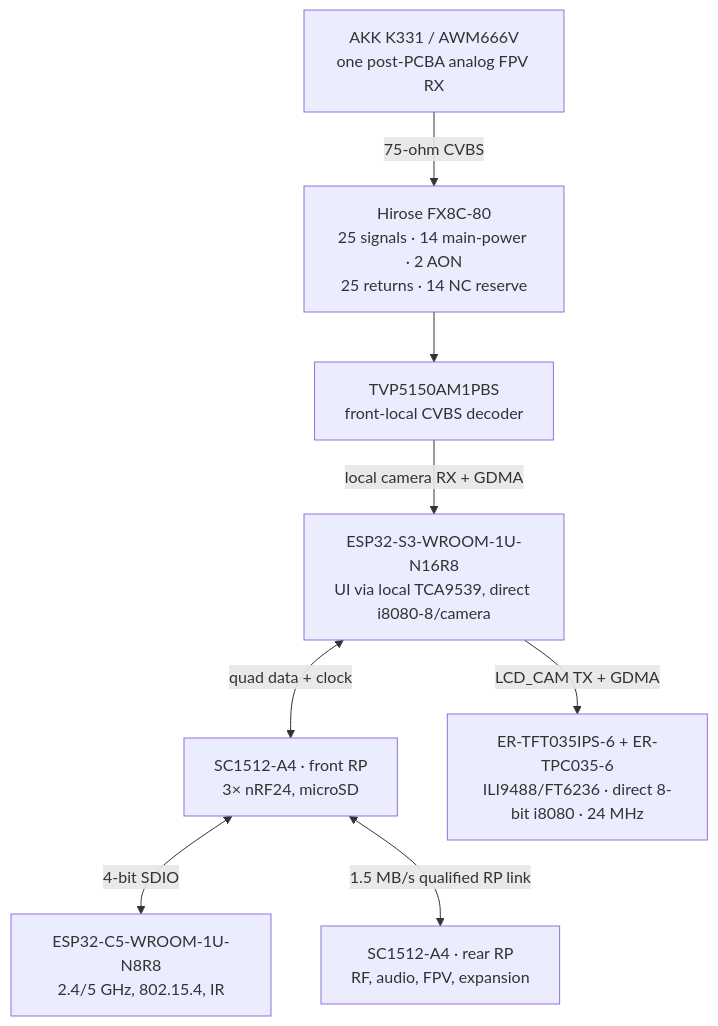
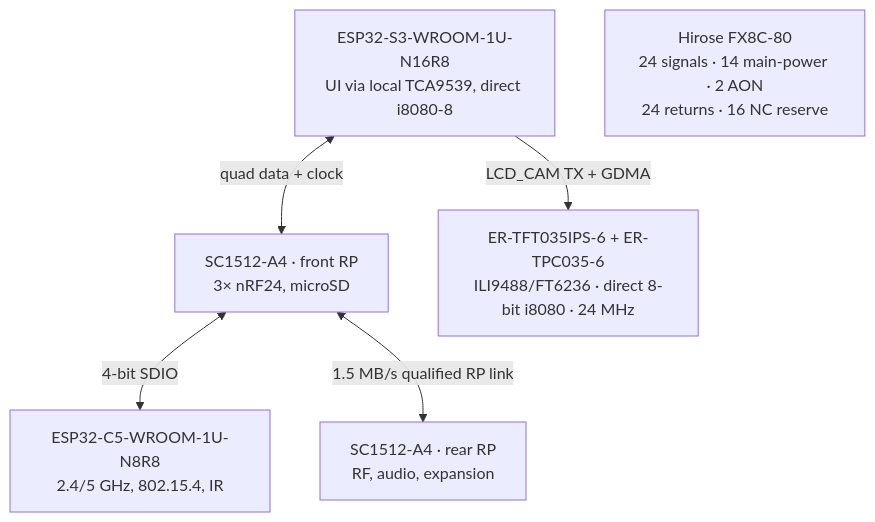
The diagram in docs/schematics.md (anton-vinogradov/esp32-leshy2), drawn with Mermaid before and after one commit. The commit also changed other lines of this file and 236 other files, not shown here.

````diff
--- a/docs/schematics.md
+++ b/docs/schematics.md
@@ -33,19 +33,14 @@
 ```mermaid
 flowchart TD
-  S3["ESP32-S3-WROOM-1U-N16R8<br/>UI via local TCA9539, direct i8080-8/camera"]
+  S3["ESP32-S3-WROOM-1U-N16R8<br/>UI via local TCA9539, direct i8080-8"]
   C5["ESP32-C5-WROOM-1U-N8R8<br/>2.4/5 GHz, 802.15.4, IR"]
   FRP["SC1512-A4 · front RP<br/>3× nRF24, microSD"]
-  RRP["SC1512-A4 · rear RP<br/>RF, audio, FPV, expansion"]
-  TVP["TVP5150AM1PBS<br/>front-local CVBS decoder"]
-  K331["AKK K331 / AWM666V<br/>one post-PCBA analog FPV RX"]
+  RRP["SC1512-A4 · rear RP<br/>RF, audio, expansion"]
   LCD["ER-TFT035IPS-6 + ER-TPC035-6<br/>ILI9488/FT6236 · direct 8-bit i8080 · 24 MHz"]
-  M1["Hirose FX8C-80<br/>25 signals · 14 main-power · 2 AON<br/>25 returns · 14 NC reserve"]
+  M1["Hirose FX8C-80<br/>24 signals · 14 main-power · 2 AON<br/>24 returns · 16 NC reserve"]
 
   S3 -->|"LCD_CAM TX + GDMA"| LCD
   S3 <-->|"quad data + clock"| FRP
   FRP <-->|"4-bit SDIO"| C5
   FRP <-->|"1.5 MB/s qualified RP link"| RRP
-  K331 -->|"75-ohm CVBS"| M1
-  M1 --> TVP
-  TVP -->|"local camera RX + GDMA"| S3
 ```
````
